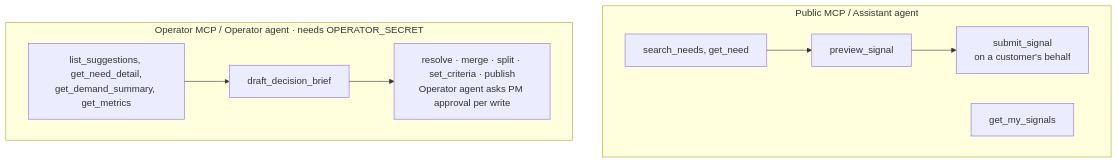
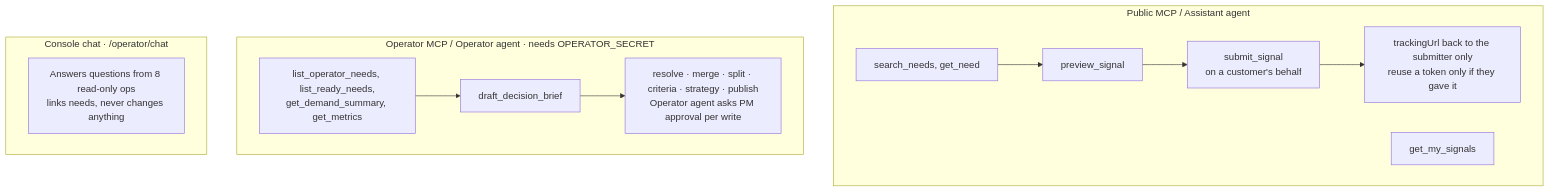
One commit to gaboesquivel/flow-signal changed the seventh of 9 diagrams in docs/harness/product-workflows.md. Above: the diagram before and after it, drawn with Mermaid. The commit also changed other lines of this file and 7 other files, not shown here.

First line of the commit message:
docs(harness): refresh diagrams for specs 006, 007, and 010 (#12)

````diff
--- a/docs/harness/product-workflows.md
+++ b/docs/harness/product-workflows.md
@@ -100,11 +102,15 @@
 ```mermaid
 flowchart TB
   subgraph Public[Public MCP / Assistant agent]
     A1[search_needs, get_need] --> A2[preview_signal] --> A3[submit_signal<br/>on a customer's behalf]
+    A3 --> A5[trackingUrl back to the submitter only<br/>reuse a token only if they gave it]
     A4[get_my_signals]
   end
   subgraph Op[Operator MCP / Operator agent · needs OPERATOR_SECRET]
-    B1[list_suggestions, get_need_detail,<br/>get_demand_summary, get_metrics] --> B2[draft_decision_brief]
-    B2 --> B3[resolve · merge · split · set_criteria · publish<br/>Operator agent asks PM approval per write]
+    B1[list_operator_needs, list_ready_needs,<br/>get_demand_summary, get_metrics] --> B2[draft_decision_brief]
+    B2 --> B3[resolve · merge · split · criteria · strategy · publish<br/>Operator agent asks PM approval per write]
+  end
+  subgraph CH[Console chat · /operator/chat]
+    C1[Answers questions from 8 read-only ops<br/>links needs, never changes anything]
   end
 ```
````
